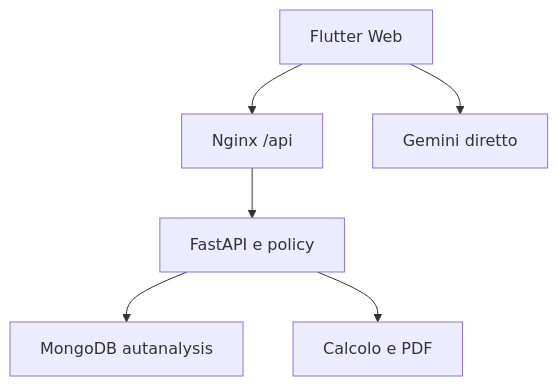
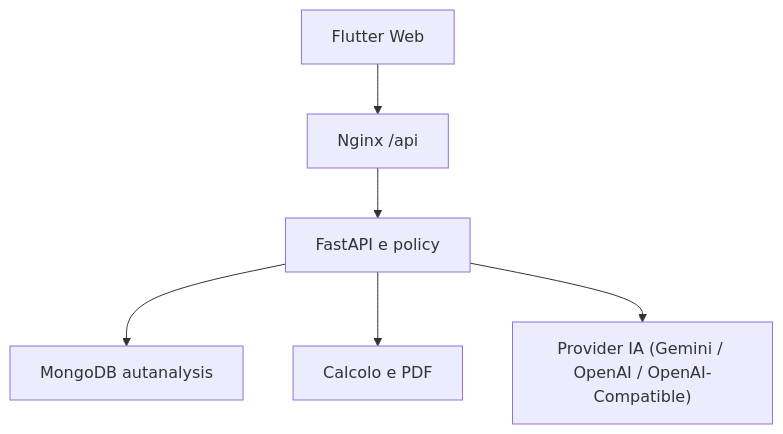
The second of 2 diagrams in ARCHITECTURE_MAP.md (RazorCopter/Autify), drawn with Mermaid before and after one commit. The commit also changed other lines of this file and 27 other files, not shown here.

````diff
--- a/ARCHITECTURE_MAP.md
+++ b/ARCHITECTURE_MAP.md
@@ -114,8 +114,8 @@
 ```mermaid
 flowchart TD
     UI["Flutter Web"] --> NGINX["Nginx /api"]
     NGINX --> API["FastAPI e policy"]
     API --> DB["MongoDB autanalysis"]
     API --> CALC["Calcolo e PDF"]
-    UI --> GEM["Gemini diretto"]
+    API --> AI["Provider IA (Gemini / OpenAI / OpenAI-Compatible)"]
 ```
````
